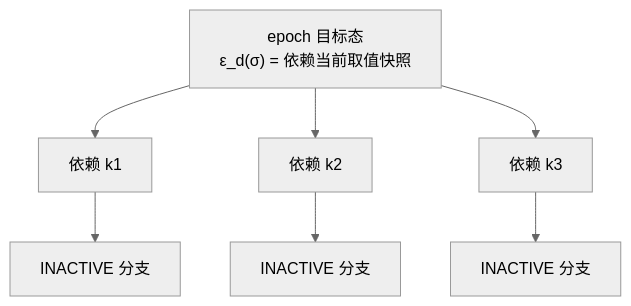
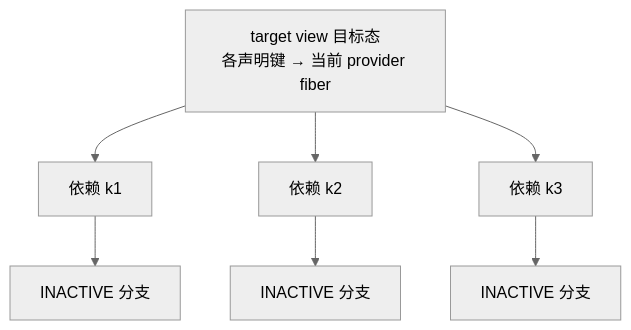
Before and after one commit to xiaonancs/deepseek-harness-deep-dive: the third of 4 diagrams in Part IV Foundational Paper/23-论文与dsh映射.md, drawn with Mermaid. The commit also changed other lines of this file and 21 other files, not shown here.

Commit message:
Polish prose against paper PDF; fix Ch23 section/figure numbers and 总纲 part list

````diff
--- a/Part IV Foundational Paper/23-论文与dsh映射.md
+++ b/Part IV Foundational Paper/23-论文与dsh映射.md
@@ -140,11 +143,11 @@
 ```mermaid
 %%{init: {'theme':'neutral'}}%%
 flowchart TD
-    E["epoch 目标态<br/>ε_d(σ) = 依赖当前取值快照"]
+    E["target view 目标态<br/>各声明键 → 当前 provider fiber"]
     E --> D1[依赖 k1]
     E --> D2[依赖 k2]
     E --> D3[依赖 k3]
     D1 --> I1[INACTIVE 分支]
     D2 --> I2[INACTIVE 分支]
     D3 --> I3[INACTIVE 分支]
 ```
````
